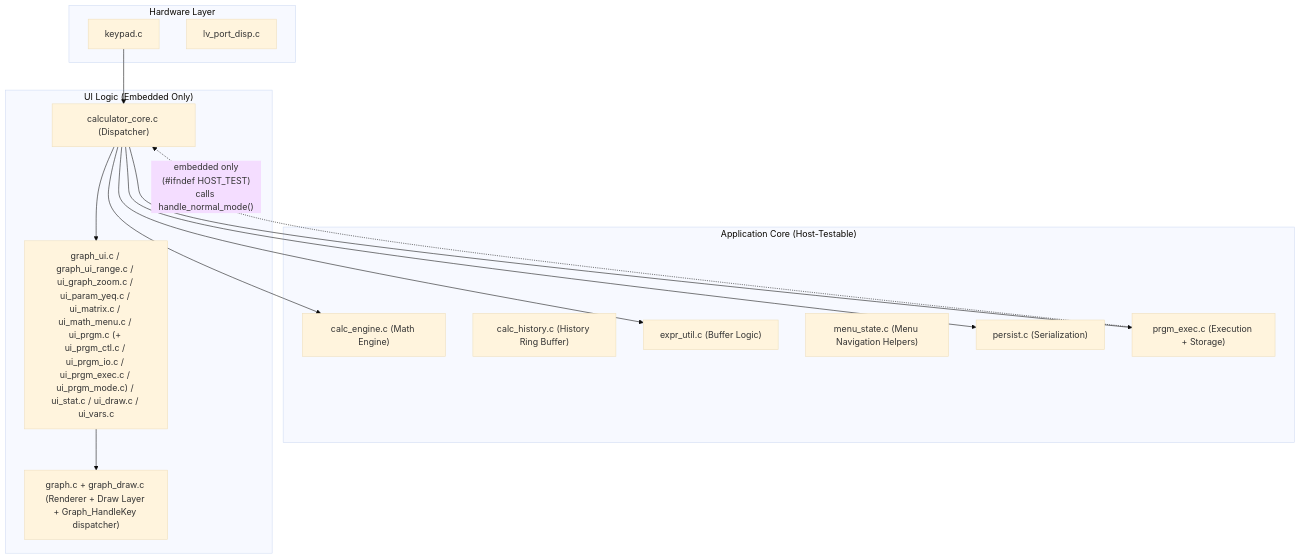
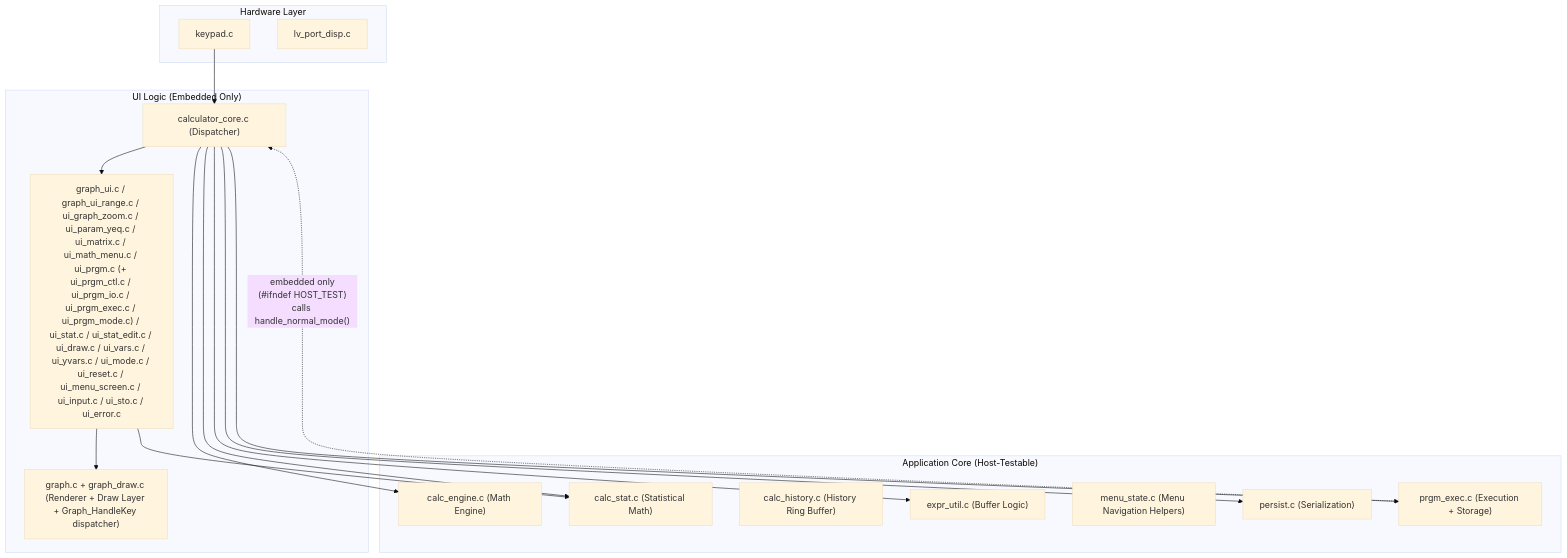
One commit to mndxc/STM32F429-TI81-Calculator changed the second of 2 diagrams in docs/ARCHITECTURE.md. Above: the diagram before and after it, drawn with Mermaid (base theme). The commit also changed 123 other files, not shown here.

First line of the commit message:
docs: 2026-05-07 periodic code review — sync counts, expand Mermaid, add arch opportunities

````diff
--- a/docs/ARCHITECTURE.md
+++ b/docs/ARCHITECTURE.md
@@ -47,31 +47,34 @@
 ```mermaid
 graph TD
     subgraph "Hardware Layer"
         HW_K["keypad.c"]
         HW_D["lv_port_disp.c"]
     end
 
     subgraph "Application Core (Host-Testable)"
         CE["calc_engine.c (Math Engine)"]
+        CS["calc_stat.c (Statistical Math)"]
         CH["calc_history.c (History Ring Buffer)"]
         EU["expr_util.c (Buffer Logic)"]
         MS["menu_state.c (Menu Navigation Helpers)"]
         PE["persist.c (Serialization)"]
         PRE["prgm_exec.c (Execution + Storage)"]
     end
 
     subgraph "UI Logic (Embedded Only)"
         CC["calculator_core.c (Dispatcher)"]
-        GUI["graph_ui.c / graph_ui_range.c / ui_graph_zoom.c / ui_param_yeq.c / ui_matrix.c / ui_math_menu.c / ui_prgm.c (+ ui_prgm_ctl.c / ui_prgm_io.c / ui_prgm_exec.c / ui_prgm_mode.c) / ui_stat.c / ui_draw.c / ui_vars.c"]
+        GUI["graph_ui.c / graph_ui_range.c / ui_graph_zoom.c / ui_param_yeq.c / ui_matrix.c / ui_math_menu.c / ui_prgm.c (+ ui_prgm_ctl.c / ui_prgm_io.c / ui_prgm_exec.c / ui_prgm_mode.c) / ui_stat.c / ui_stat_edit.c / ui_draw.c / ui_vars.c / ui_yvars.c / ui_mode.c / ui_reset.c / ui_menu_screen.c / ui_input.c / ui_sto.c / ui_error.c"]
         G["graph.c + graph_draw.c (Renderer + Draw Layer + Graph_HandleKey dispatcher)"]
     end
 
     HW_K --> CC
     CC --> GUI
     CC --> CE
+    CC --> CS
     CC --> EU
     CC --> PE
     CC --> PRE
     GUI --> G
+    GUI --> CS
     PRE -. "embedded only\n(#ifndef HOST_TEST)\ncalls handle_normal_mode()" .-> CC
 ```
````
